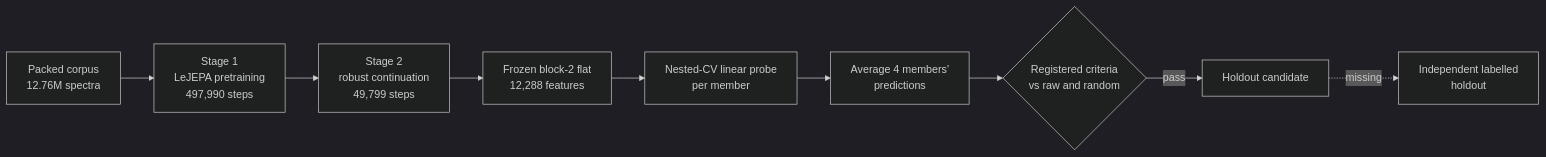
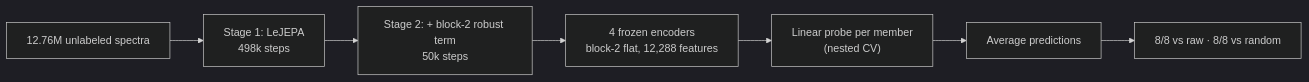
Before and after one commit to h-cohen/SpectralFM-jepa: the first of 7 diagrams in docs/TRAINING_REPORT.md, drawn with Mermaid (dark theme). The commit also changed other lines of this file and 7 other files, not shown here.

````diff
--- a/docs/TRAINING_REPORT.md
+++ b/docs/TRAINING_REPORT.md
@@ -28,11 +9,9 @@
 ```mermaid
 flowchart LR
-    A["Packed corpus<br/>12.76M spectra"] --> B["Stage 1<br/>LeJEPA pretraining<br/>497,990 steps"]
-    B --> C["Stage 2<br/>robust continuation<br/>49,799 steps"]
-    C --> D["Frozen block-2 flat<br/>12,288 features"]
-    D --> E["Nested-CV linear probe<br/>per member"]
-    E --> F["Average 4 members'<br/>predictions"]
-    F --> G{"Registered criteria<br/>vs raw and random"}
-    G -->|pass| H["Holdout candidate"]
-    H -.->|missing| I["Independent labelled<br/>holdout"]
+    A["12.76M unlabeled spectra"] --> B["Stage 1: LeJEPA<br/>498k steps"]
+    B --> C["Stage 2: + block-2 robust term<br/>50k steps"]
+    C --> D["4 frozen encoders<br/>block-2 flat, 12,288 features"]
+    D --> E["Linear probe per member<br/>(nested CV)"]
+    E --> F["Average predictions"]
+    F --> G["8/8 vs raw · 8/8 vs random"]
 ```
````
